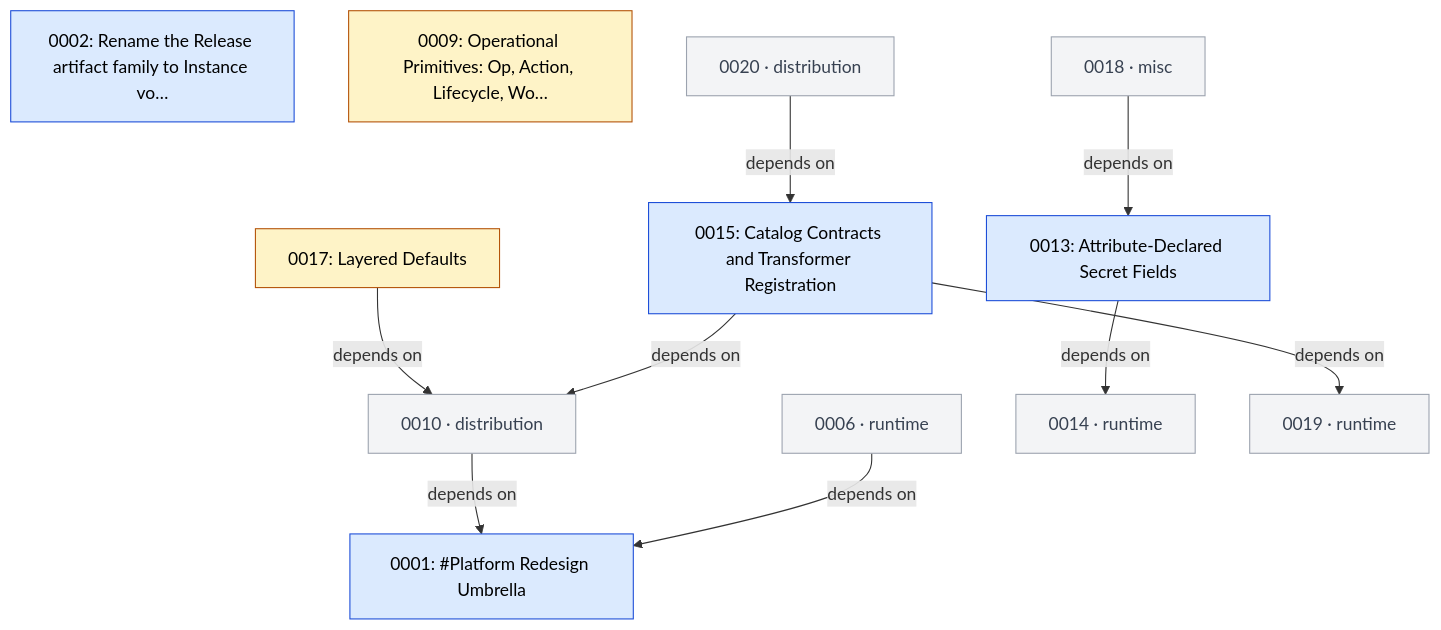
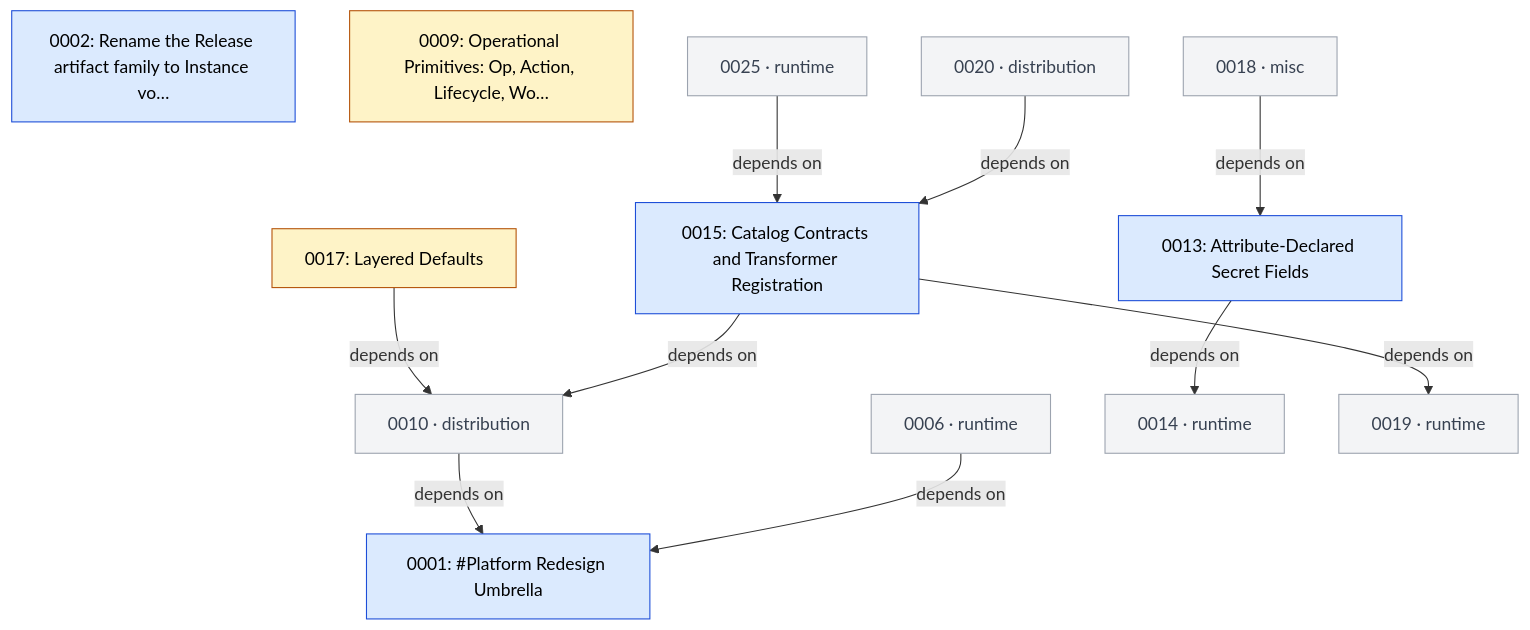
One commit to open-platform-model/enhancements changed the second of 7 diagrams in GRAPH.md. Above: the diagram before and after it, drawn with Mermaid. The commit also changed other lines of this file and 14 other files, not shown here.

````diff
--- a/GRAPH.md
+++ b/GRAPH.md
@@ -45,32 +46,34 @@
 ```mermaid
 graph TD
   classDef draft       fill:#fef3c7,stroke:#b45309,color:#000
   classDef accepted    fill:#dbeafe,stroke:#1d4ed8,color:#000
   classDef rejected    fill:#fee2e2,stroke:#b91c1c,color:#7f1d1d,stroke-dasharray:4 2
   classDef superseded  fill:#e5e7eb,stroke:#6b7280,color:#6b7280
   classDef legacy      fill:#fafafa,stroke:#9ca3af,color:#6b7280,stroke-dasharray:3 3
   classDef stub        fill:#f3f4f6,stroke:#9ca3af,color:#374151
   classDef category    fill:#ede9fe,stroke:#6d28d9,color:#000
 
   N0001["0001: #Platform Redesign Umbrella"]:::accepted
   N0002["0002: Rename the Release artifact family to Instance vo…"]:::accepted
   N0009["0009: Operational Primitives: Op, Action, Lifecycle, Wo…"]:::draft
   N0013["0013: Attribute-Declared Secret Fields"]:::accepted
   N0015["0015: Catalog Contracts and Transformer Registration"]:::accepted
   N0017["0017: Layered Defaults"]:::draft
   N0006["0006 · runtime"]:::stub
   N0010["0010 · distribution"]:::stub
   N0014["0014 · runtime"]:::stub
   N0018["0018 · misc"]:::stub
   N0019["0019 · runtime"]:::stub
   N0020["0020 · distribution"]:::stub
+  N0025["0025 · runtime"]:::stub
 
   N0006 -->|depends on| N0001
   N0010 -->|depends on| N0001
   N0013 -->|depends on| N0014
   N0015 -->|depends on| N0010
   N0015 -->|depends on| N0019
   N0017 -->|depends on| N0010
   N0018 -->|depends on| N0013
   N0020 -->|depends on| N0015
+  N0025 -->|depends on| N0015
 ```
````
